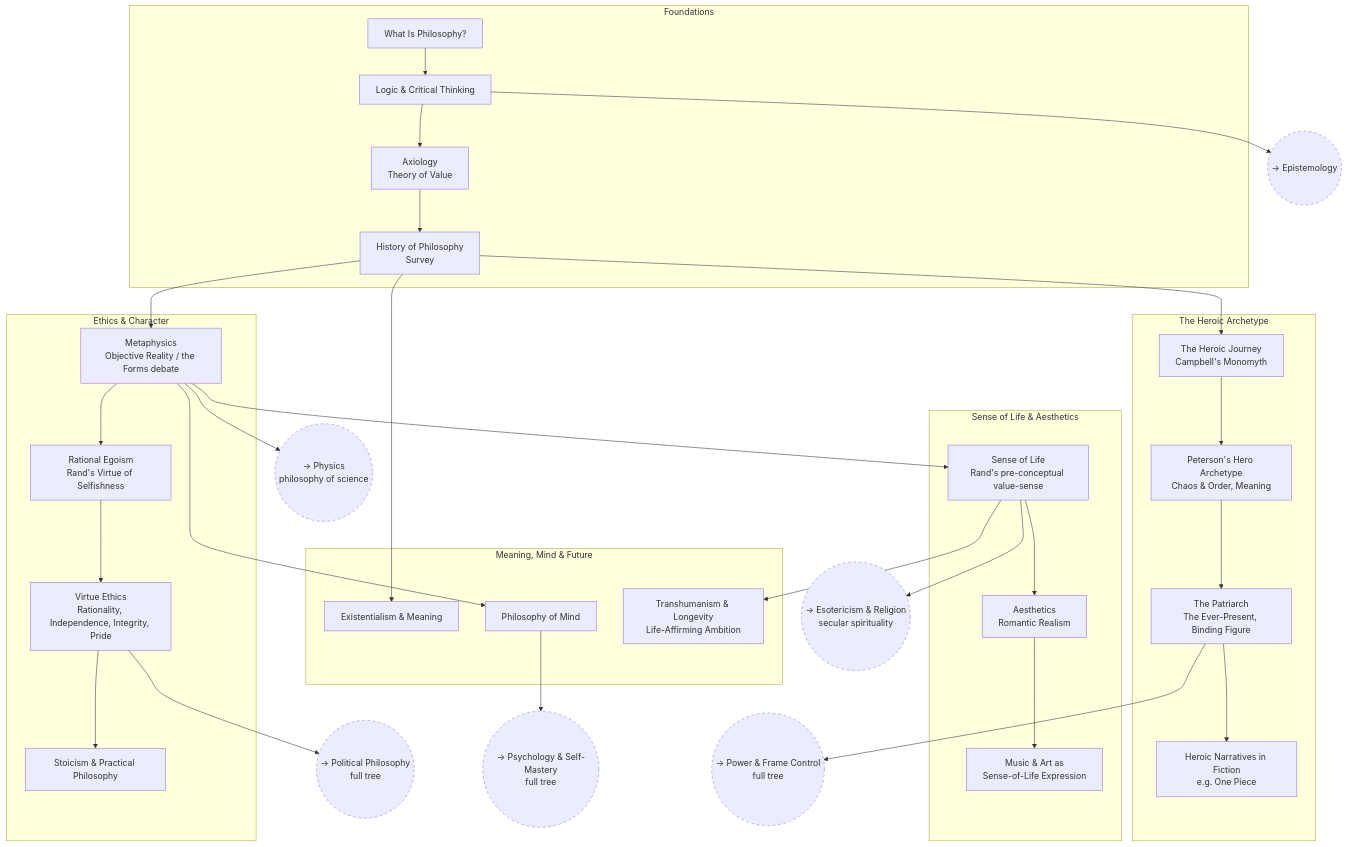
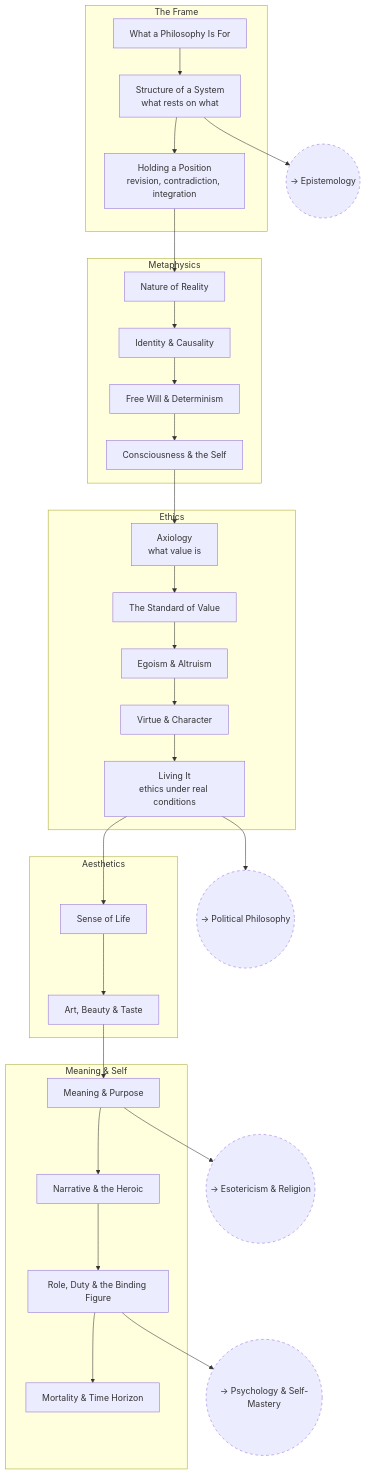
The diagram in trees/personal-philosophy/index.md (nocontextwindow/skill-trees), drawn with Mermaid before and after one commit. The commit also changed other lines of this file and 50 other files, not shown here.

First line of the commit message:
Rebuild philosophy trees on domain structure; empty all resource sections

````diff
--- a/trees/personal-philosophy/index.md
+++ b/trees/personal-philosophy/index.md
@@ -15,61 +13,55 @@
 ```mermaid
 flowchart TD
-    subgraph Foundations
-        PP_WHATIS[What Is Philosophy?]
-        PP_LOGIC[Logic & Critical Thinking]
-        PP_AXIO[Axiology<br/>Theory of Value]
-        PP_HIST[History of Philosophy<br/>Survey]
-        PP_WHATIS --> PP_LOGIC --> PP_AXIO --> PP_HIST
+    subgraph "The Frame"
+        PP_WHATFOR[What a Philosophy Is For]
+        PP_STRUCTURE[Structure of a System<br/>what rests on what]
+        PP_METHOD[Holding a Position<br/>revision, contradiction, integration]
+        PP_WHATFOR --> PP_STRUCTURE --> PP_METHOD
     end
 
-    subgraph "Ethics & Character"
-        PP_META[Metaphysics<br/>Objective Reality / the Forms debate]
-        PP_EGO[Rational Egoism<br/>Rand's Virtue of Selfishness]
-        PP_VIRTUE[Virtue Ethics<br/>Rationality, Independence, Integrity, Pride]
-        PP_STOIC[Stoicism & Practical Philosophy]
-        PP_META --> PP_EGO --> PP_VIRTUE --> PP_STOIC
+    subgraph Metaphysics
+        PP_REALITY[Nature of Reality]
+        PP_IDENTITY[Identity & Causality]
+        PP_FREEWILL[Free Will & Determinism]
+        PP_MIND[Consciousness & the Self]
+        PP_REALITY --> PP_IDENTITY --> PP_FREEWILL --> PP_MIND
     end
 
-    subgraph "Sense of Life & Aesthetics"
-        PP_SENSE[Sense of Life<br/>Rand's pre-conceptual value-sense]
-        PP_AES[Aesthetics<br/>Romantic Realism]
-        PP_MUSIC[Music & Art as<br/>Sense-of-Life Expression]
-        PP_SENSE --> PP_AES --> PP_MUSIC
+    subgraph Ethics
+        PP_AXIOLOGY[Axiology<br/>what value is]
+        PP_STANDARD[The Standard of Value]
+        PP_EGOISM[Egoism & Altruism]
+        PP_VIRTUE[Virtue & Character]
+        PP_PRACTICE[Living It<br/>ethics under real conditions]
+        PP_AXIOLOGY --> PP_STANDARD --> PP_EGOISM --> PP_VIRTUE --> PP_PRACTICE
     end
 
-    subgraph "The Heroic Archetype"
-        PP_HERO[The Heroic Journey<br/>Campbell's Monomyth]
-        PP_PETERSON[Peterson's Hero Archetype<br/>Chaos & Order, Meaning]
-        PP_PATRIARCH[The Patriarch<br/>The Ever-Present, Binding Figure]
-        PP_NARR[Heroic Narratives in Fiction<br/>e.g. One Piece]
-        PP_HERO --> PP_PETERSON --> PP_PATRIARCH --> PP_NARR
+    subgraph Aesthetics
+        PP_SENSE[Sense of Life]
+        PP_ART[Art, Beauty & Taste]
+        PP_SENSE --> PP_ART
     end
 
-    subgraph "Meaning, Mind & Future"
-        PP_EXIS[Existentialism & Meaning]
-        PP_MIND[Philosophy of Mind]
-        PP_TRANS[Transhumanism & Longevity<br/>Life-Affirming Ambition]
+    subgraph "Meaning & Self"
+        PP_MEANING[Meaning & Purpose]
+        PP_NARRATIVE[Narrative & the Heroic]
+        PP_ROLE[Role, Duty & the Binding Figure]
+        PP_MORTALITY[Mortality & Time Horizon]
+        PP_MEANING --> PP_NARRATIVE --> PP_ROLE --> PP_MORTALITY
     end
 
-    PP_HIST --> PP_META
-    PP_META --> PP_SENSE
-    PP_HIST --> PP_HERO
-    PP_HIST --> PP_EXIS
-    PP_META --> PP_MIND
-    PP_SENSE --> PP_TRANS
+    PP_METHOD --> PP_REALITY
+    PP_MIND --> PP_AXIOLOGY
+    PP_PRACTICE --> PP_SENSE
+    PP_ART --> PP_MEANING
 
     classDef crosslink stroke-dasharray: 5 5
-    PP_EPIS(("→ Epistemology")):::crosslink
-    PP_PHILSCI(("→ Physics<br/>philosophy of science")):::crosslink
-    PP_POL(("→ Political Philosophy<br/>full tree")):::crosslink
-    PP_SELF(("→ Psychology & Self-Mastery<br/>full tree")):::crosslink
-    PP_PWR(("→ Power & Frame Control<br/>full tree")):::crosslink
-    PP_ES(("→ Esotericism & Religion<br/>secular spirituality")):::crosslink
-
-    PP_LOGIC --> PP_EPIS
-    PP_META --> PP_PHILSCI
-    PP_VIRTUE --> PP_POL
-    PP_MIND --> PP_SELF
-    PP_PATRIARCH --> PP_PWR
-    PP_SENSE --> PP_ES
+    PP_EP(("→ Epistemology")):::crosslink
+    PP_POL(("→ Political Philosophy")):::crosslink
+    PP_PSY(("→ Psychology & Self-Mastery")):::crosslink
+    PP_ES(("→ Esotericism & Religion")):::crosslink
+    PP_STRUCTURE --> PP_EP
+    PP_PRACTICE --> PP_POL
+    PP_ROLE --> PP_PSY
+    PP_MEANING --> PP_ES
 ```
````
